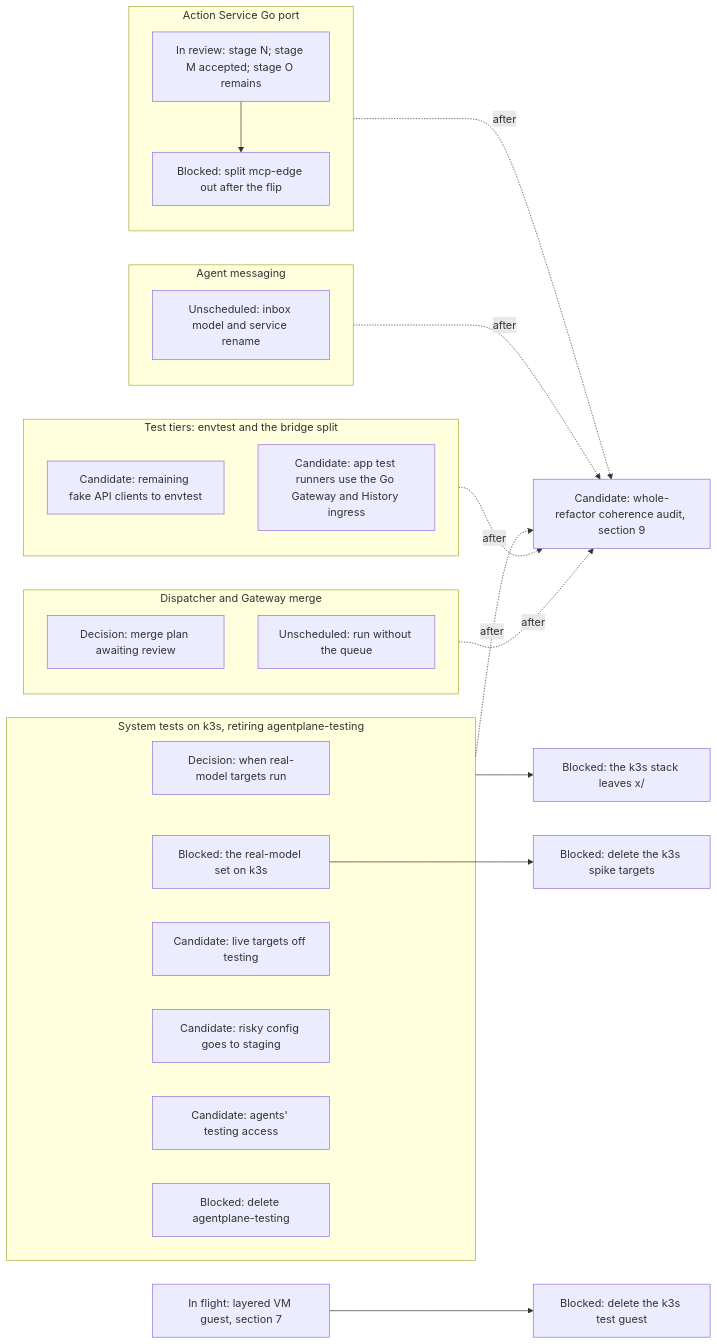
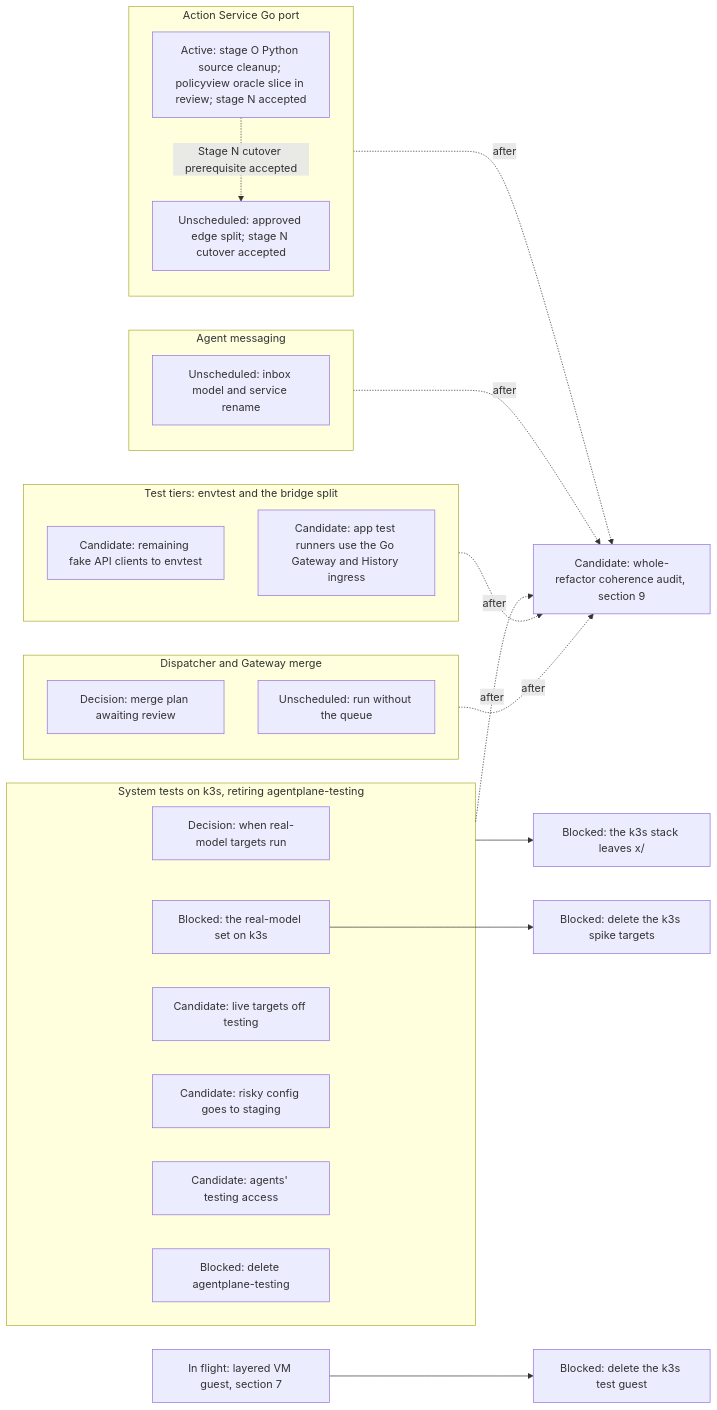
The first of 19 diagrams in agentplane/plans/task_dag.md (agentydragon-agent/ducktape), drawn with Mermaid before and after one commit. The commit also changed other lines of this file and 5 other files, not shown here.

First line of the commit message:
Retire Python policy view golden oracle (#11606)

````diff
--- a/agentplane/plans/task_dag.md
+++ b/agentplane/plans/task_dag.md
@@ -29,35 +29,35 @@
 ```mermaid
 flowchart LR
     subgraph ACTION_TRACK[Action Service Go port]
-        ACTION_SERVICE_GO_PORT[In review: stage N; stage M accepted; stage O remains]
-        ACTION_MCP_EDGE_SPLIT[Blocked: split mcp-edge out after the flip]
+        ACTION_SERVICE_GO_PORT[Active: stage O Python source cleanup; policyview oracle slice in review; stage N accepted]
+        ACTION_MCP_EDGE_SPLIT[Unscheduled: approved edge split; stage N cutover accepted]
     end
     subgraph MESSAGING_TRACK[Agent messaging]
         NOTIFICATION_SERVICE_SPLIT[Unscheduled: inbox model and service rename]
     end
     subgraph K3S_TRACK[System tests on k3s, retiring agentplane-testing]
         K3S_MODEL_CREDENTIALS[Decision: when real-model targets run]
         K3S_MODEL_SCENARIOS[Blocked: the real-model set on k3s]
         LIVE_TARGETS_OFF_TESTING[Candidate: live targets off testing]
         STAGING_FIRST_ROLLOUT[Candidate: risky config goes to staging]
         AGENT_TESTING_ACCESS_RETIRE[Candidate: agents' testing access]
         TESTING_ENVIRONMENT_RETIRE[Blocked: delete agentplane-testing]
     end
     subgraph TIER_TRACK[Test tiers: envtest and the bridge split]
         FAKE_CLIENTS_TO_ENVTEST[Candidate: remaining fake API clients to envtest]
         APP_TEST_RUNNER_FIXTURES_GO[Candidate: app test runners use the Go Gateway and History ingress]
     end
     subgraph DISPATCH_TRACK[Dispatcher and Gateway merge]
         DISPATCHER_PERSISTENCE_MODEL_DESIGN[Decision: merge plan awaiting review]
         DISPATCHER_QUEUE_OPTIONAL[Unscheduled: run without the queue]
     end
-    ACTION_SERVICE_GO_PORT --> ACTION_MCP_EDGE_SPLIT
+    ACTION_SERVICE_GO_PORT -. Stage N cutover prerequisite accepted .-> ACTION_MCP_EDGE_SPLIT
     K3S_TRACK --> K3S_ENV_OUT_OF_X[Blocked: the k3s stack leaves x/]
     K3S_MODEL_SCENARIOS --> K3S_SPIKE_TARGETS_RETIRE[Blocked: delete the k3s spike targets]
     RUNNER_LAYERING_VM[In flight: layered VM guest, section 7] --> K3S_TEST_GUEST_RETIRE[Blocked: delete the k3s test guest]
     ACTION_TRACK -. after .-> REFACTOR_COHERENCE_AUDIT[Candidate: whole-refactor coherence audit, section 9]
     MESSAGING_TRACK -. after .-> REFACTOR_COHERENCE_AUDIT
     K3S_TRACK -. after .-> REFACTOR_COHERENCE_AUDIT
     TIER_TRACK -. after .-> REFACTOR_COHERENCE_AUDIT
     DISPATCH_TRACK -. after .-> REFACTOR_COHERENCE_AUDIT
 ```
````
